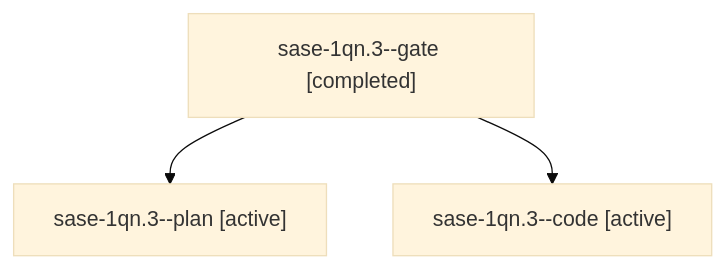
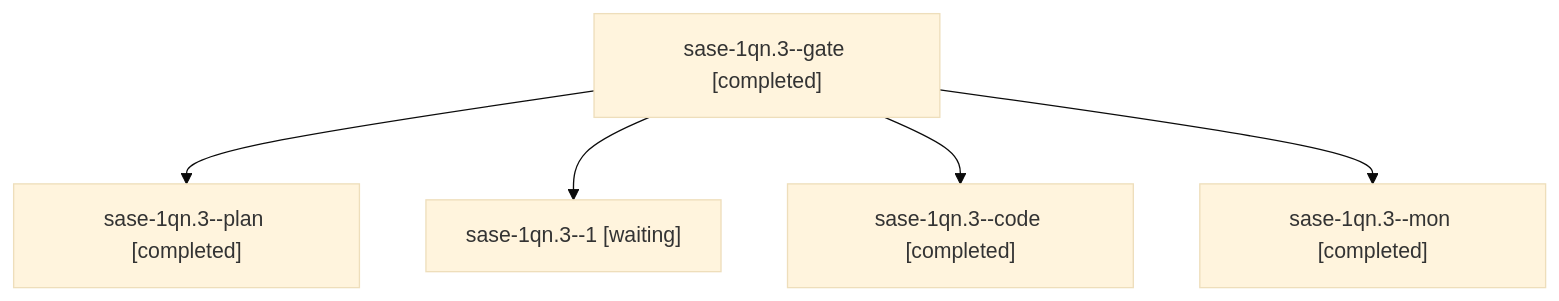
Before and after one commit to sase-org/sase--agents: the diagram in sessions/bbugyi200.athena.sase-1qn.3.md, drawn with Mermaid (base theme). The commit also changed other lines of this file and 60 other files, not shown here.

````diff
--- a/sessions/bbugyi200.athena.sase-1qn.3.md
+++ b/sessions/bbugyi200.athena.sase-1qn.3.md
@@ -9,8 +9,12 @@
 ```mermaid
 flowchart TD
   n0["sase-1qn.3--gate [completed]"]
-  n1["sase-1qn.3--plan [active]"]
+  n1["sase-1qn.3--plan [completed]"]
   n0 --> n1
-  n2["sase-1qn.3--code [active]"]
+  n2["sase-1qn.3--1 [waiting]"]
   n0 --> n2
+  n3["sase-1qn.3--code [completed]"]
+  n0 --> n3
+  n4["sase-1qn.3--mon [completed]"]
+  n0 --> n4
 ```
````
